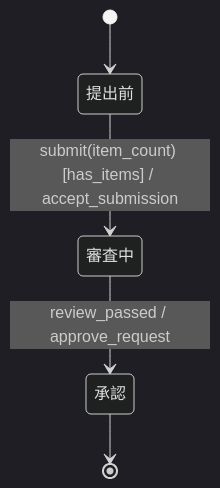
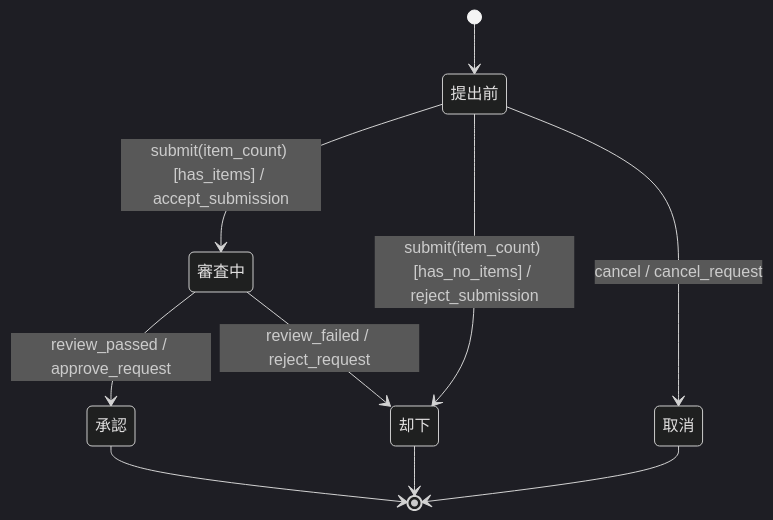
Before and after one commit to daikichiba9511/specforge: the second of 3 diagrams in README.md, drawn with Mermaid. The commit also changed other lines of this file, not shown here.

````diff
--- a/README.md
+++ b/README.md
@@ -37,12 +53,19 @@
 ```mermaid
 stateDiagram-v2
 %%{init: {"theme": "dark"}}%%
     state "提出前" as Draft
     state "審査中" as Reviewing
     state "承認" as Approved
+    state "却下" as Rejected
+    state "取消" as Cancelled
 
     [*] --> Draft
     Draft --> Reviewing : submit(item_count) [has_items] / accept_submission
+    Draft --> Rejected : submit(item_count) [has_no_items] / reject_submission
+    Draft --> Cancelled : cancel / cancel_request
     Reviewing --> Approved : review_passed / approve_request
+    Reviewing --> Rejected : review_failed / reject_request
     Approved --> [*]
+    Rejected --> [*]
+    Cancelled --> [*]
 ```
````
